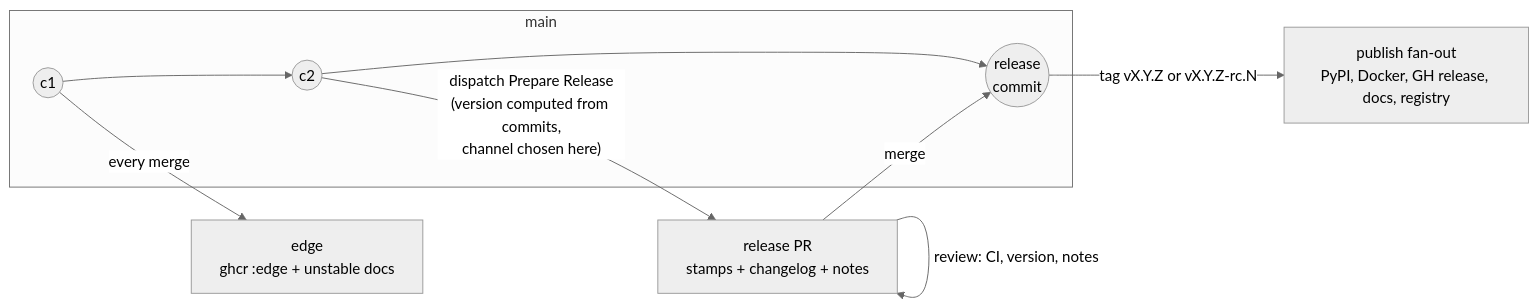
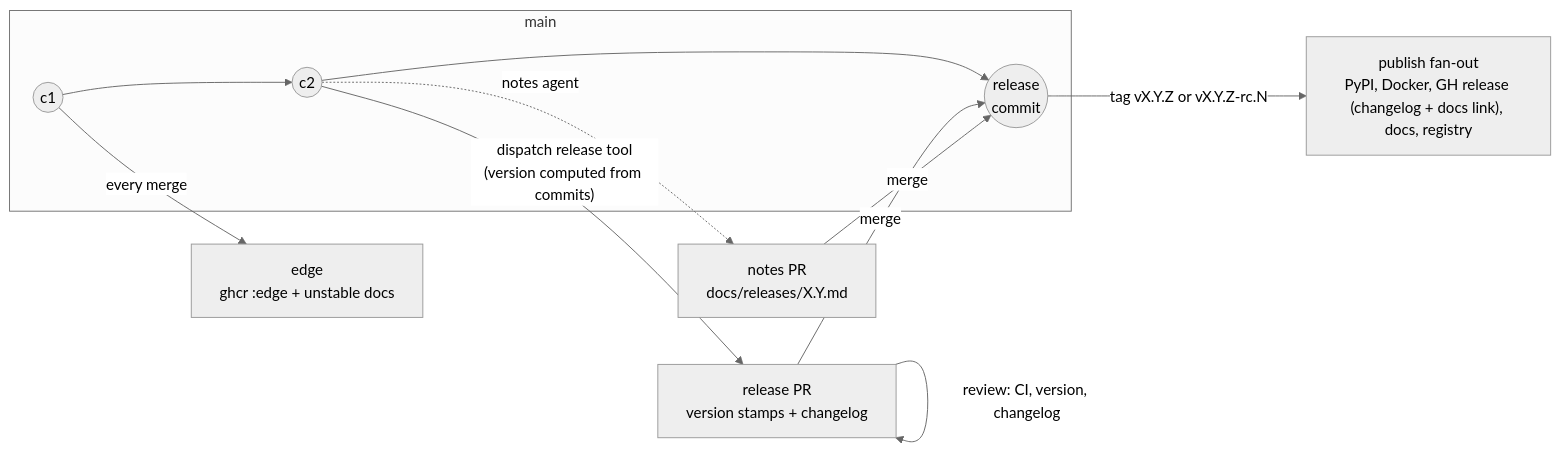
Before and after one commit to pvliesdonk/markdown-vault-mcp: the diagram in docs/design/release-vision.md, drawn with Mermaid (neutral theme). The commit also changed other lines of this file, not shown here.

First line of the commit message:
docs(release): revise vision to v3 — release-please recommended after hands-on comparison

````diff
--- a/docs/design/release-vision.md
+++ b/docs/design/release-vision.md
@@ -40,11 +41,13 @@
 ```mermaid
 flowchart LR
     subgraph trunk [main]
         M1((c1)) --> M2((c2)) --> M3((release<br/>commit))
     end
     M1 -- every merge --> EDGE["edge<br/>ghcr :edge + unstable docs"]
-    M2 -- "dispatch Prepare Release<br/>(version computed from commits,<br/>channel chosen here)" --> PR["release PR<br/>stamps + changelog + notes"]
-    PR -- "review: CI, version, notes" --> PR
+    M2 -- "dispatch release tool<br/>(version computed from commits)" --> PR["release PR<br/>version stamps + changelog"]
+    M2 -. "notes agent" .-> NPR["notes PR<br/>docs/releases/X.Y.md"]
+    PR -- "review: CI, version, changelog" --> PR
     PR -- merge --> M3
-    M3 -- "tag vX.Y.Z or vX.Y.Z-rc.N" --> PUB["publish fan-out<br/>PyPI, Docker, GH release, docs, registry"]
+    NPR -- merge --> M3
+    M3 -- "tag vX.Y.Z or vX.Y.Z-rc.N" --> PUB["publish fan-out<br/>PyPI, Docker, GH release (changelog + docs link), docs, registry"]
 ```
````
